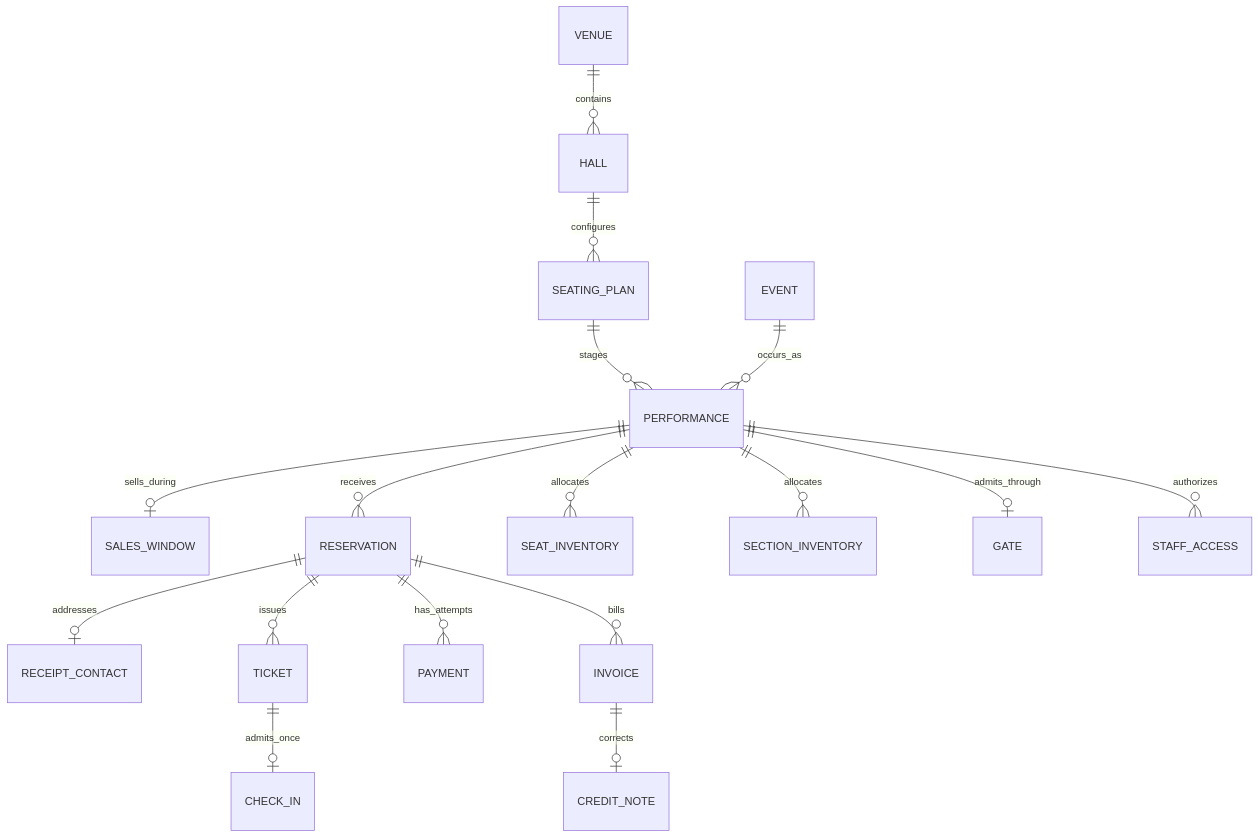
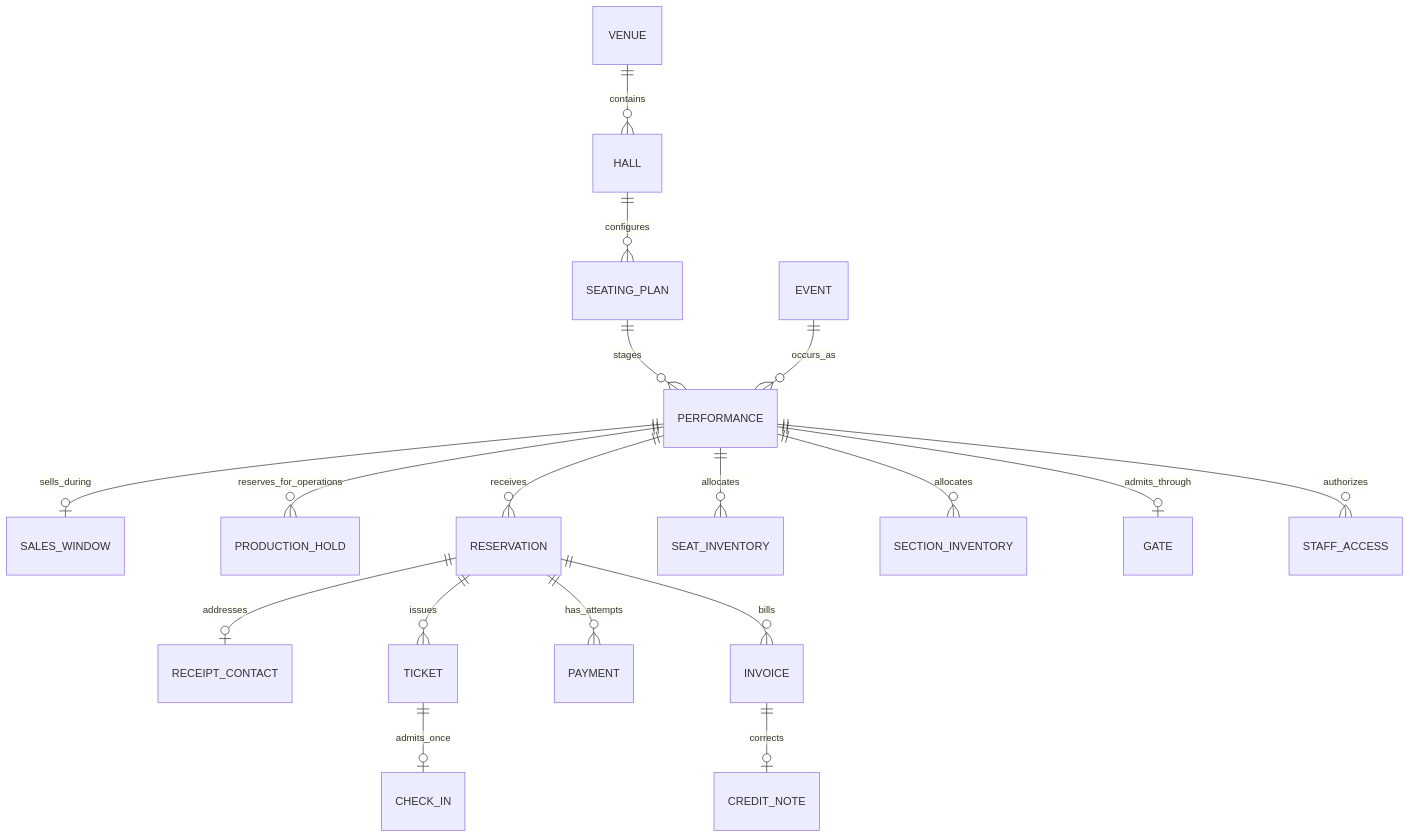
One commit to fluxzero-io/fluxzero-sample-ticketing changed the diagram in docs/model.md. Above: the diagram before and after it, drawn with Mermaid. The commit also changed other lines of this file and 28 other files, not shown here.

First line of the commit message:
feat(operations): allocate production stock with explicit release

````diff
--- a/docs/model.md
+++ b/docs/model.md
@@ -3,19 +3,20 @@
 ```mermaid
 erDiagram
     VENUE ||--o{ HALL : contains
     HALL ||--o{ SEATING_PLAN : configures
     SEATING_PLAN ||--o{ PERFORMANCE : stages
     EVENT ||--o{ PERFORMANCE : occurs_as
     PERFORMANCE ||--o| SALES_WINDOW : sells_during
+    PERFORMANCE ||--o{ PRODUCTION_HOLD : reserves_for_operations
     PERFORMANCE ||--o{ RESERVATION : receives
     PERFORMANCE ||--o{ SEAT_INVENTORY : allocates
     PERFORMANCE ||--o{ SECTION_INVENTORY : allocates
     PERFORMANCE ||--o| GATE : admits_through
     PERFORMANCE ||--o{ STAFF_ACCESS : authorizes
     RESERVATION ||--o| RECEIPT_CONTACT : addresses
     RESERVATION ||--o{ TICKET : issues
     TICKET ||--o| CHECK_IN : admits_once
     RESERVATION ||--o{ PAYMENT : has_attempts
     RESERVATION ||--o{ INVOICE : bills
     INVOICE ||--o| CREDIT_NOTE : corrects
 ```
````
